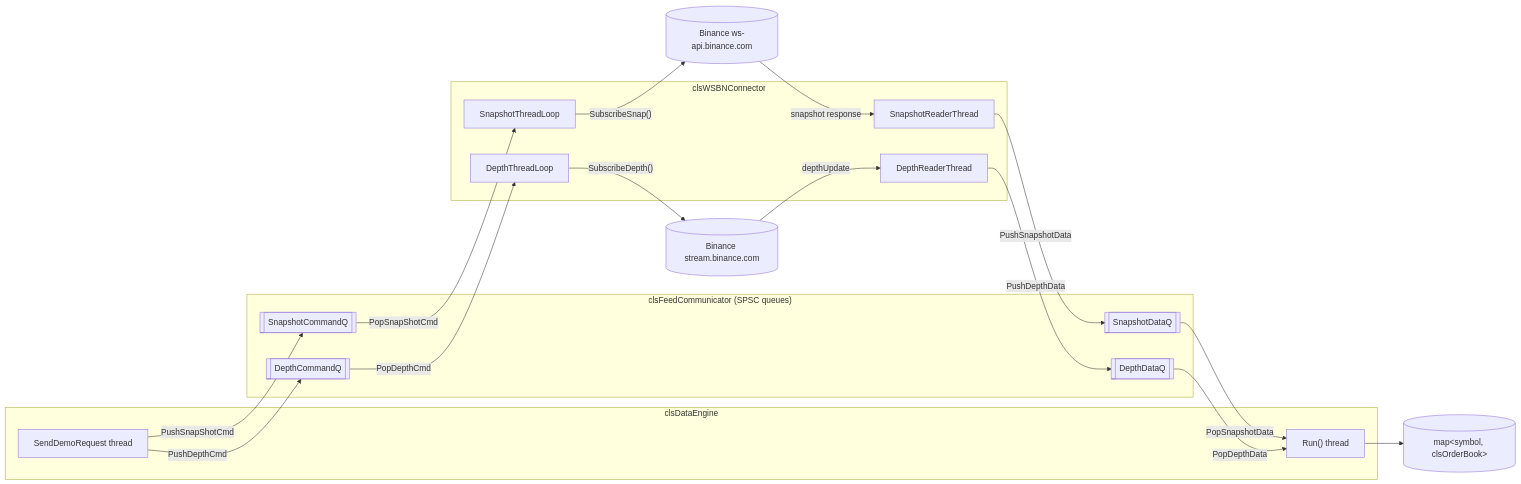
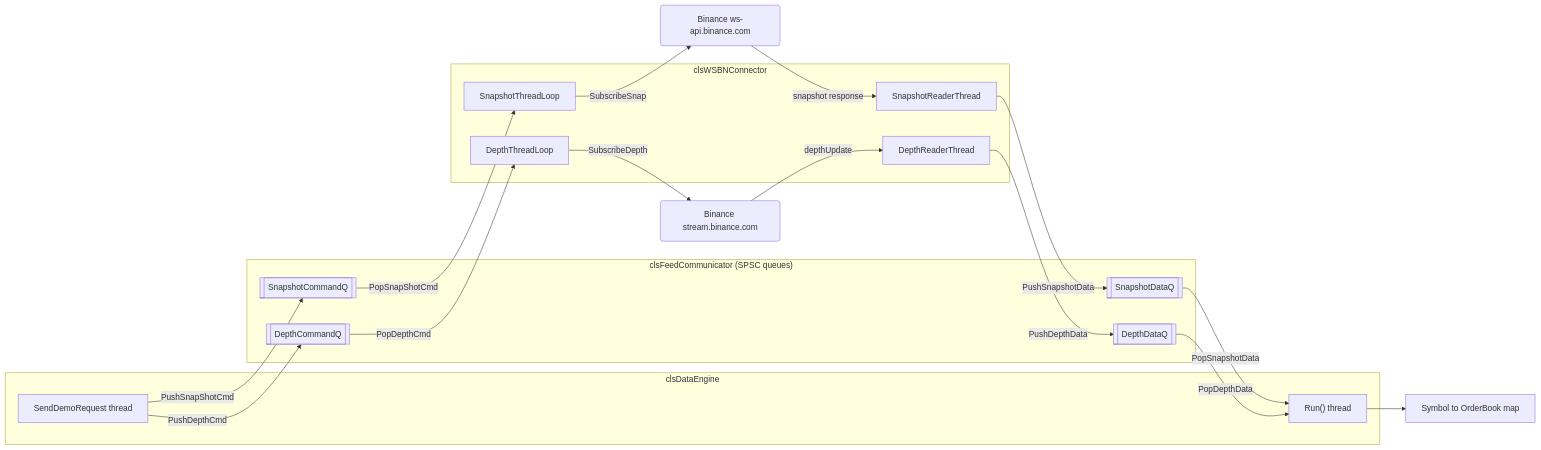
The second of 3 diagrams in architecture/thread_and_queue_model.md (pratikgore/marketcore), drawn with Mermaid before and after one commit. The commit also changed other lines of this file and 1 other file, not shown here.

Commit message:
ARCH : updated diagram

````diff
--- a/architecture/thread_and_queue_model.md
+++ b/architecture/thread_and_queue_model.md
@@ -46,40 +46,44 @@
 ```mermaid
 flowchart LR
     subgraph Engine["clsDataEngine"]
         SDR["SendDemoRequest thread"]
         RUN["Run() thread"]
     end
 
     subgraph Comm["clsFeedCommunicator (SPSC queues)"]
         SCQ[["SnapshotCommandQ"]]
         DCQ[["DepthCommandQ"]]
         SDQ[["SnapshotDataQ"]]
         DDQ[["DepthDataQ"]]
     end
 
     subgraph Connector["clsWSBNConnector"]
         SNAPLOOP["SnapshotThreadLoop"]
         DEPTHLOOP["DepthThreadLoop"]
         SNAPREAD["SnapshotReaderThread"]
         DEPTHREAD["DepthReaderThread"]
     end
 
     SDR -- "PushSnapShotCmd" --> SCQ
     SDR -- "PushDepthCmd" --> DCQ
     SCQ -- "PopSnapShotCmd" --> SNAPLOOP
     DCQ -- "PopDepthCmd" --> DEPTHLOOP
 
-    SNAPLOOP -- "SubscribeSnap()" --> BinanceSnapWS[("Binance ws-api.binance.com")]
-    DEPTHLOOP -- "SubscribeDepth()" --> BinanceDepthWS[("Binance stream.binance.com")]
+    BinanceSnapWS("Binance ws-api.binance.com")
+    BinanceDepthWS("Binance stream.binance.com")
+    OB["Symbol to OrderBook map"]
+
+    SNAPLOOP -- "SubscribeSnap" --> BinanceSnapWS
+    DEPTHLOOP -- "SubscribeDepth" --> BinanceDepthWS
 
     BinanceSnapWS -- "snapshot response" --> SNAPREAD
     BinanceDepthWS -- "depthUpdate" --> DEPTHREAD
 
     SNAPREAD -- "PushSnapshotData" --> SDQ
     DEPTHREAD -- "PushDepthData" --> DDQ
 
     SDQ -- "PopSnapshotData" --> RUN
     DDQ -- "PopDepthData" --> RUN
 
-    RUN --> OB[("map&lt;symbol, clsOrderBook&gt;")]
+    RUN --> OB
 ```
````
